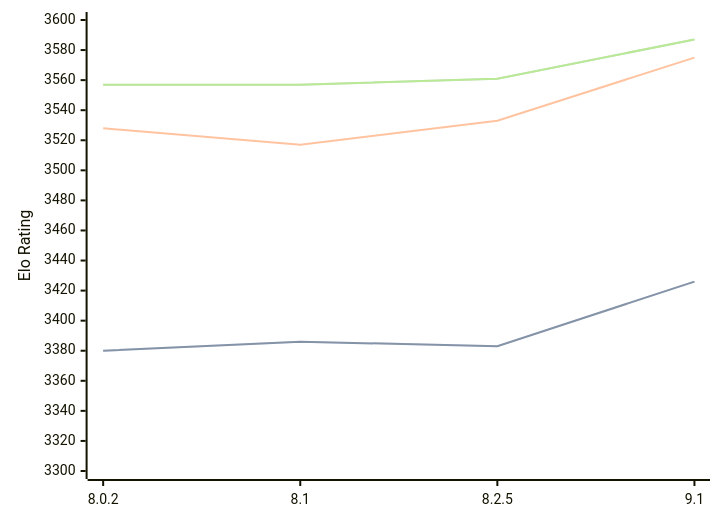
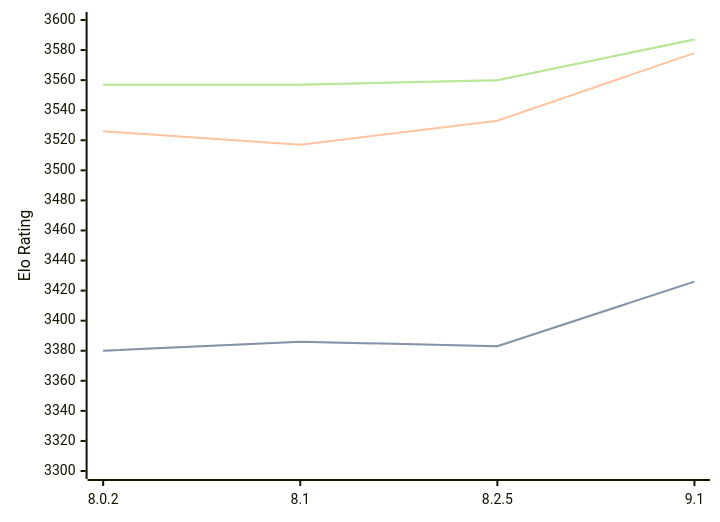
The diagram in engines/Clover.md (computer-chess-index/cci), drawn with Mermaid before and after one commit. The commit also changed other lines of this file, not shown here.

Commit message:
Update CCI Ratings (ELO VLTC) - 2026-02-27

````diff
--- a/engines/Clover.md
+++ b/engines/Clover.md
@@ -62,11 +62,11 @@
 ```mermaid
 %%{init: {"theme":"base","themeVariables":{"seriesColors:['#a3a3a3','#222221','#faa371']}}}%%
 xychart-beta
   x-axis ["8.0.2", "8.1", "8.2.5", "9.1"]
   y-axis "Elo Rating" 3300 --> 3600
   line "STC (8.0+0.08s)" [3380, 3386, 3383, 3426]
   line "STC (8.0+0.08s)" [3380, 3386, 3383, 3426]
-  line "LTC (60.0+0.60s)" [3528, 3517, 3533, 3575]
-  line "VLTC (2m24s+1.12s)" [3557, 3557, 3561, 3587]
-  line "VLTC (2m24s+1.12s)" [3557, 3557, 3561, 3587]
+  line "LTC (60.0+0.60s)" [3526, 3517, 3533, 3578]
+  line "VLTC (2m24s+1.12s)" [3557, 3557, 3560, 3587]
+  line "VLTC (2m24s+1.12s)" [3557, 3557, 3560, 3587]
 ```
````
